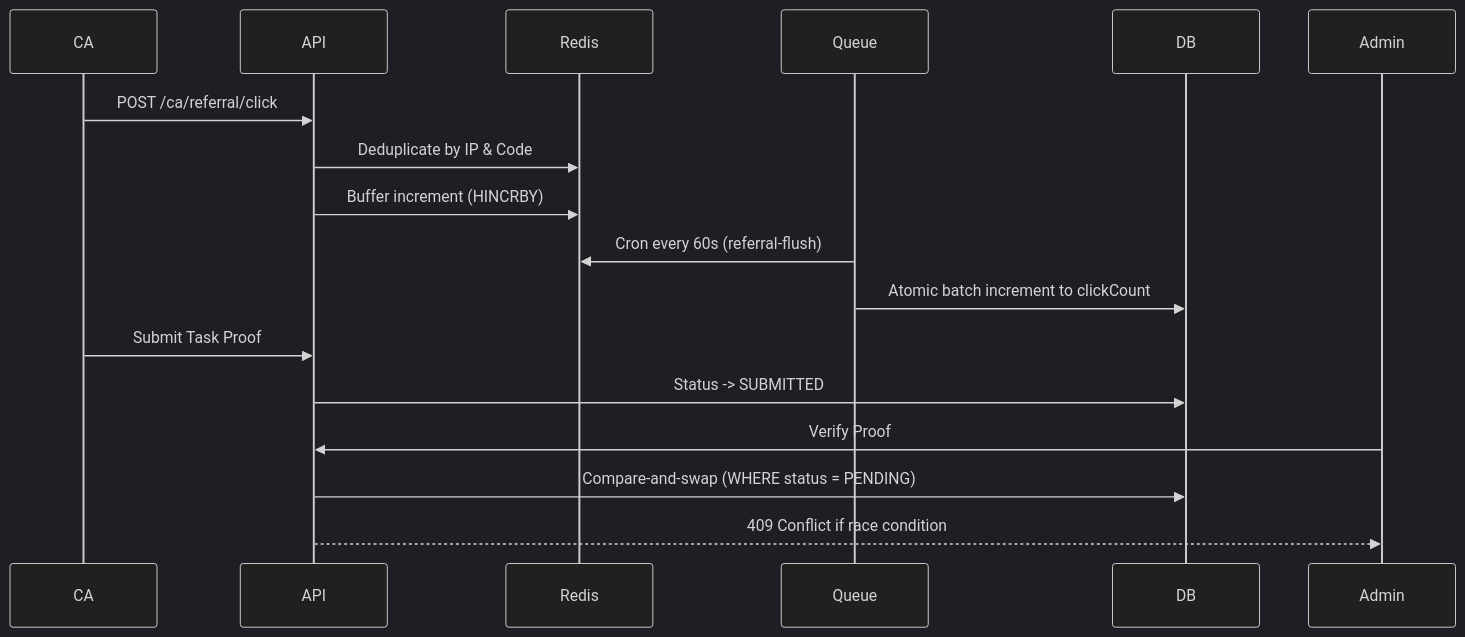
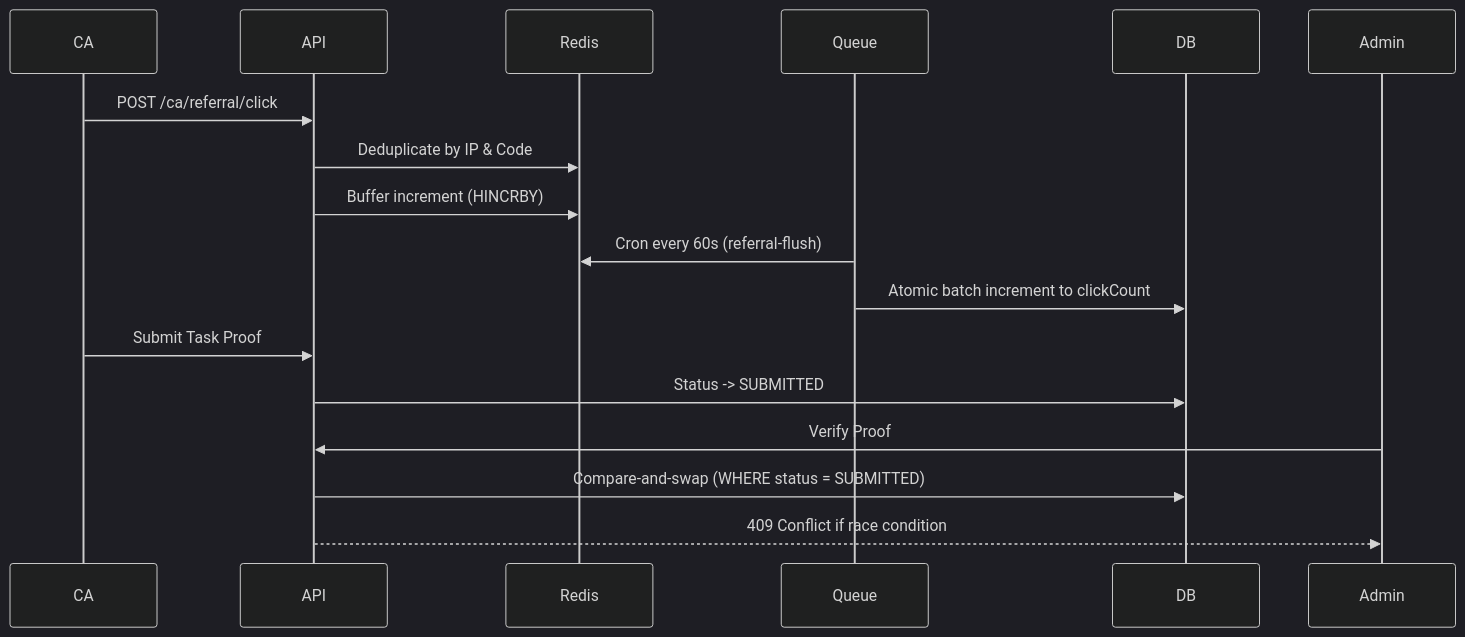
Before and after one commit to Infinito2k26/Infinito2026: the fourth of 4 diagrams in .claude/reference/architecture.md, drawn with Mermaid (dark theme). The commit also changed 6 other files, not shown here.

````diff
--- a/.claude/reference/architecture.md
+++ b/.claude/reference/architecture.md
@@ -102,20 +102,20 @@
 ```mermaid
 sequenceDiagram
   participant CA
   participant API
   participant Redis
   participant Queue
   participant DB
 
   CA->>API: POST /ca/referral/click
   API->>Redis: Deduplicate by IP & Code
   API->>Redis: Buffer increment (HINCRBY)
   Queue->>Redis: Cron every 60s (referral-flush)
   Queue->>DB: Atomic batch increment to clickCount
 
   CA->>API: Submit Task Proof
   API->>DB: Status -> SUBMITTED
   Admin->>API: Verify Proof
-  API->>DB: Compare-and-swap (WHERE status = PENDING)
+  API->>DB: Compare-and-swap (WHERE status = SUBMITTED)
   API-->>Admin: 409 Conflict if race condition
 ```
````
